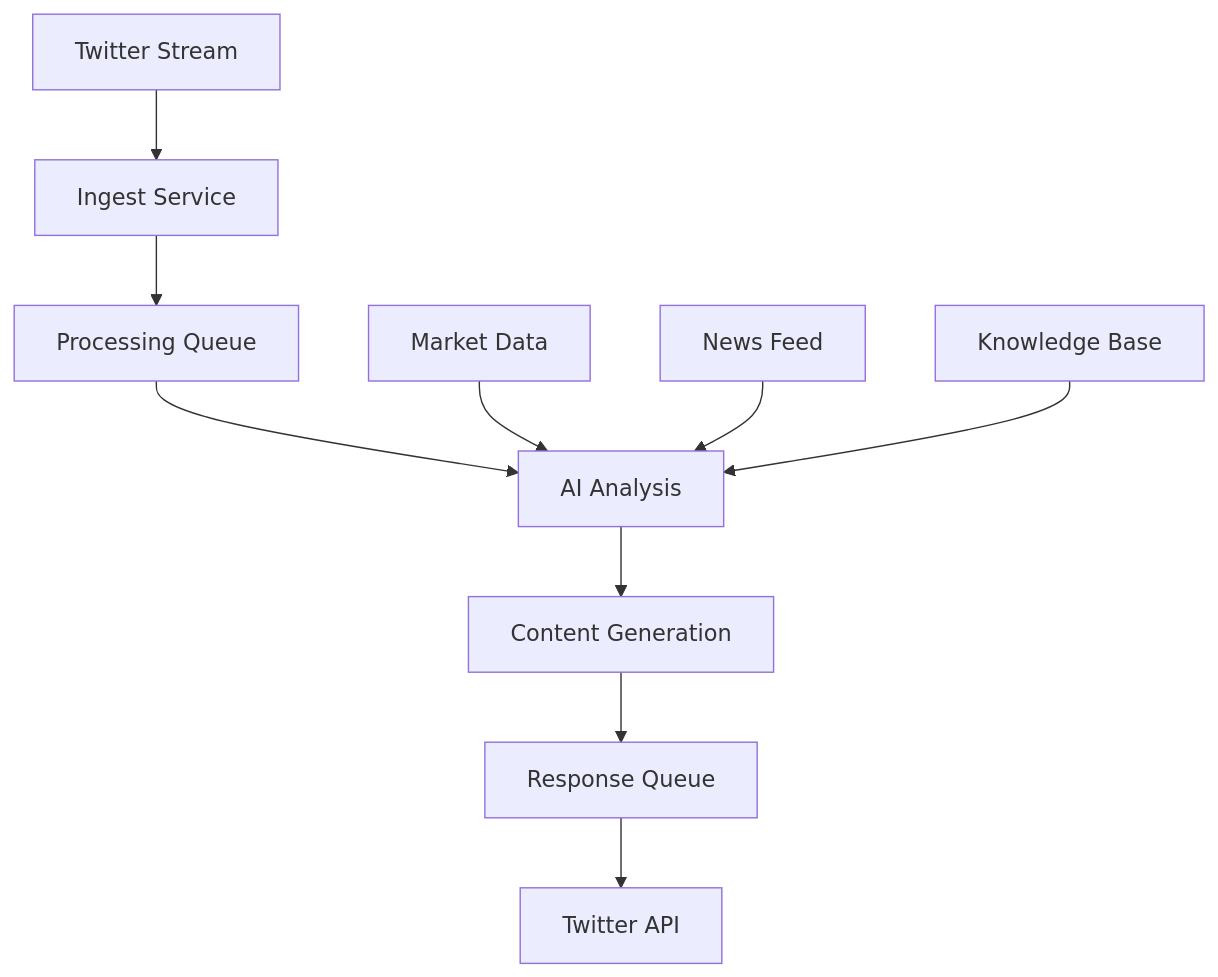
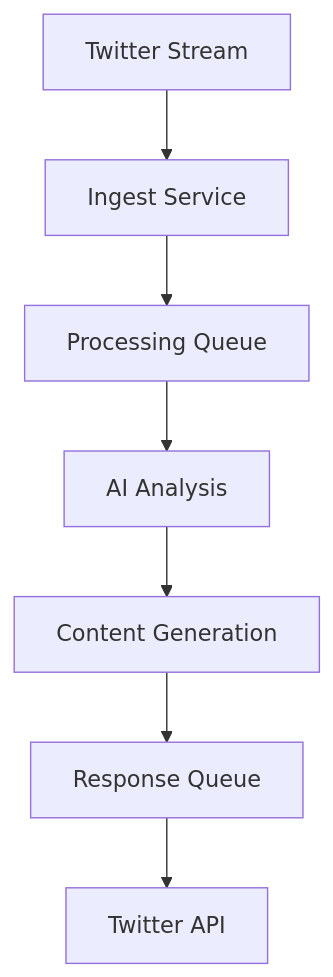
One commit to humanperzeus/CZ-Ai-Agent-MVP_2 changed the diagram in README.md. Above: the diagram before and after it, drawn with Mermaid. The commit also changed other lines of this file, not shown here.

````diff
--- a/README.md
+++ b/README.md
@@ -121,12 +59,9 @@
 ```mermaid
 graph TD
     A[Twitter Stream] --> B[Ingest Service]
     B --> C[Processing Queue]
     C --> D[AI Analysis]
     D --> E[Content Generation]
     E --> F[Response Queue]
     F --> G[Twitter API]
-    H[Market Data] --> D
-    I[News Feed] --> D
-    J[Knowledge Base] --> D
 ```
````
